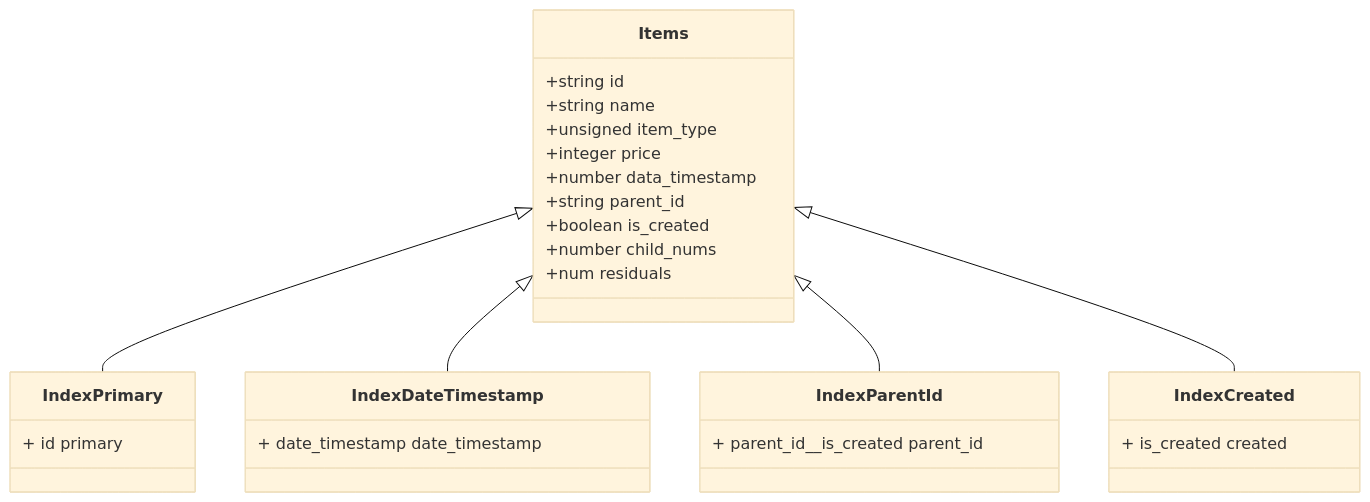
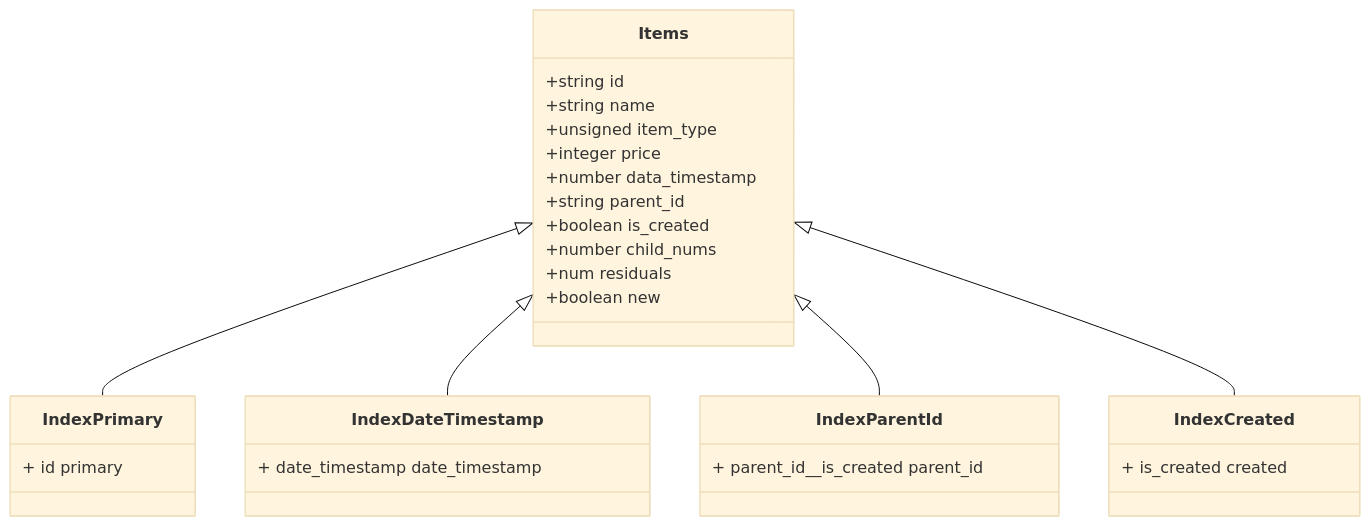
The first of 2 diagrams in database/README.md (MBHuman/YandeBackendTask), drawn with Mermaid (base theme) before and after one commit. The commit also changed other lines of this file and 3 other files, not shown here.

````diff
--- a/database/README.md
+++ b/database/README.md
@@ -8,31 +9,32 @@
 ```mermaid
 classDiagram
     class Items
     Items <|-- IndexPrimary
     Items <|-- IndexDateTimestamp
     Items <|-- IndexParentId
     Items <|-- IndexCreated
 
     Items : +string id
     Items : +string name
     Items : +unsigned item_type
     Items : +integer price
     Items : +number data_timestamp 
     Items : +string parent_id
     Items : +boolean is_created
     Items : +number child_nums
     Items : +num residuals
+    Items : +boolean new
 
     class IndexPrimary{
         + id primary
     }
     class IndexDateTimestamp{
         + date_timestamp date_timestamp
     }
     class IndexParentId{
         + parent_id__is_created parent_id
     }
     class IndexCreated{
         + is_created created 
     }
 ```
````
